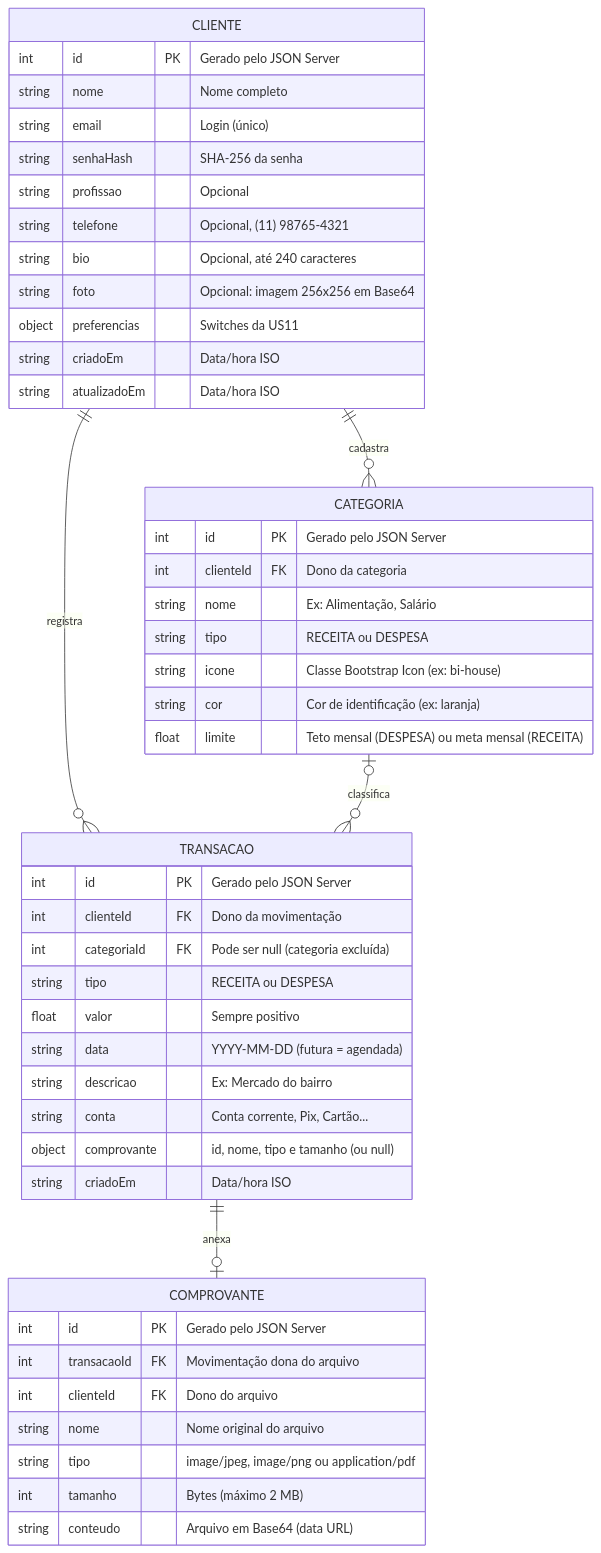
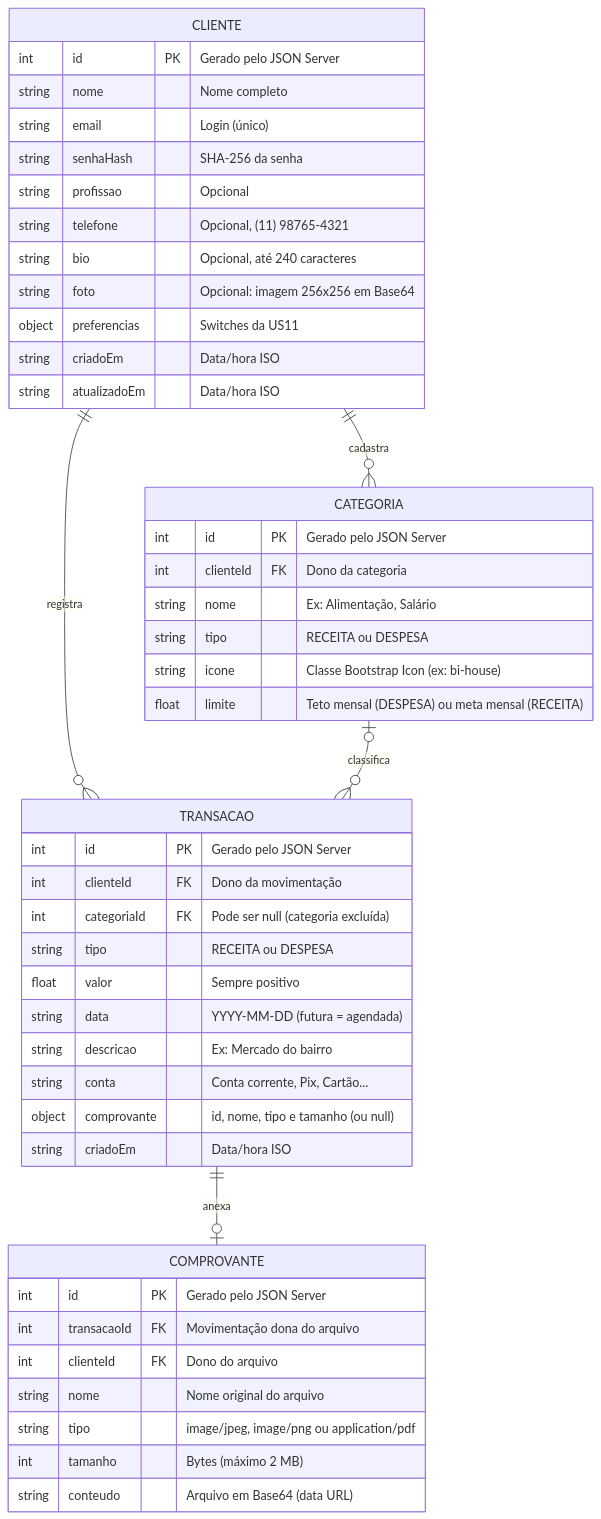
The second of 2 diagrams in docs/architecture.md (flpiensen/sobrou-quanto), drawn with Mermaid before and after one commit. The commit also changed other lines of this file and 17 other files, not shown here.

````diff
--- a/docs/architecture.md
+++ b/docs/architecture.md
@@ -58,54 +58,53 @@
 ```mermaid
 erDiagram
     CLIENTE ||--o{ CATEGORIA : "cadastra"
     CLIENTE ||--o{ TRANSACAO : "registra"
     CATEGORIA |o--o{ TRANSACAO : "classifica"
     TRANSACAO ||--o| COMPROVANTE : "anexa"
 
     CLIENTE {
         int id PK "Gerado pelo JSON Server"
         string nome "Nome completo"
         string email "Login (único)"
         string senhaHash "SHA-256 da senha"
         string profissao "Opcional"
         string telefone "Opcional, (11) 98765-4321"
         string bio "Opcional, até 240 caracteres"
         string foto "Opcional: imagem 256x256 em Base64"
         object preferencias "Switches da US11"
         string criadoEm "Data/hora ISO"
         string atualizadoEm "Data/hora ISO"
     }
 
     CATEGORIA {
         int id PK "Gerado pelo JSON Server"
         int clienteId FK "Dono da categoria"
         string nome "Ex: Alimentação, Salário"
         string tipo "RECEITA ou DESPESA"
         string icone "Classe Bootstrap Icon (ex: bi-house)"
-        string cor "Cor de identificação (ex: laranja)"
         float limite "Teto mensal (DESPESA) ou meta mensal (RECEITA)"
     }
 
     TRANSACAO {
         int id PK "Gerado pelo JSON Server"
         int clienteId FK "Dono da movimentação"
         int categoriaId FK "Pode ser null (categoria excluída)"
         string tipo "RECEITA ou DESPESA"
         float valor "Sempre positivo"
         string data "YYYY-MM-DD (futura = agendada)"
         string descricao "Ex: Mercado do bairro"
         string conta "Conta corrente, Pix, Cartão..."
         object comprovante "id, nome, tipo e tamanho (ou null)"
         string criadoEm "Data/hora ISO"
     }
 
     COMPROVANTE {
         int id PK "Gerado pelo JSON Server"
         int transacaoId FK "Movimentação dona do arquivo"
         int clienteId FK "Dono do arquivo"
         string nome "Nome original do arquivo"
         string tipo "image/jpeg, image/png ou application/pdf"
         int tamanho "Bytes (máximo 2 MB)"
         string conteudo "Arquivo em Base64 (data URL)"
     }
 ```
````
